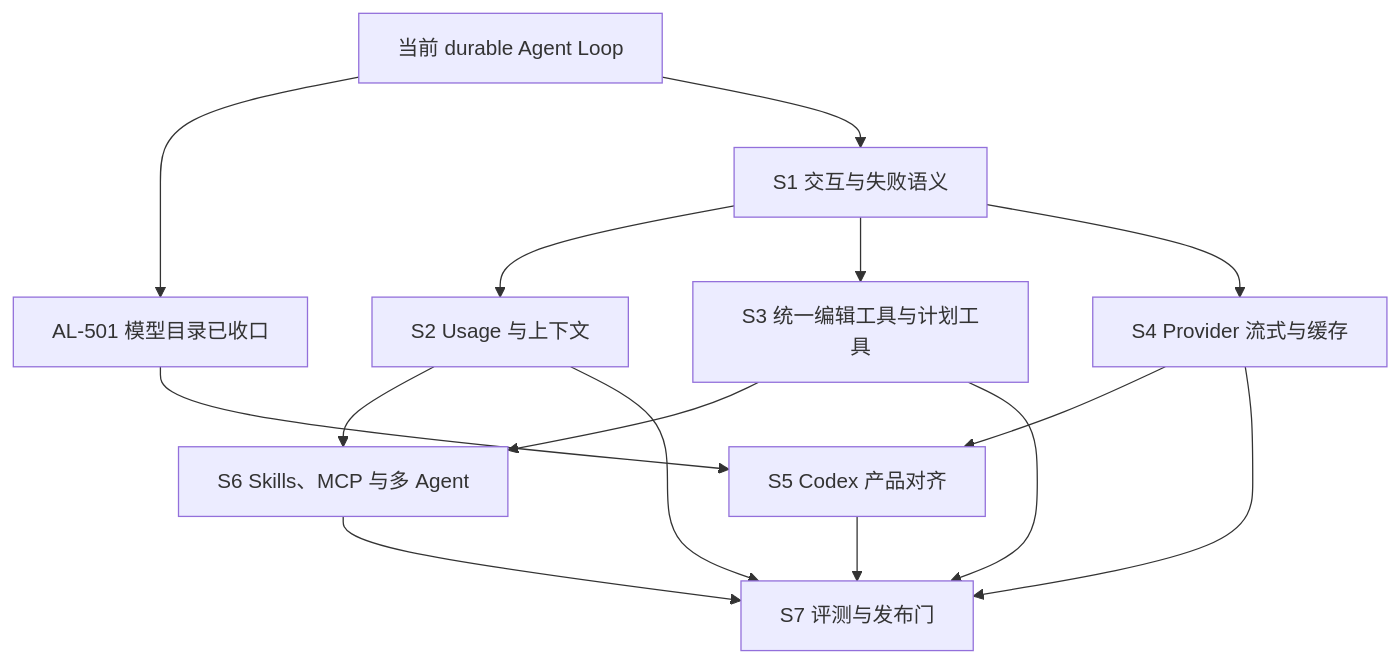
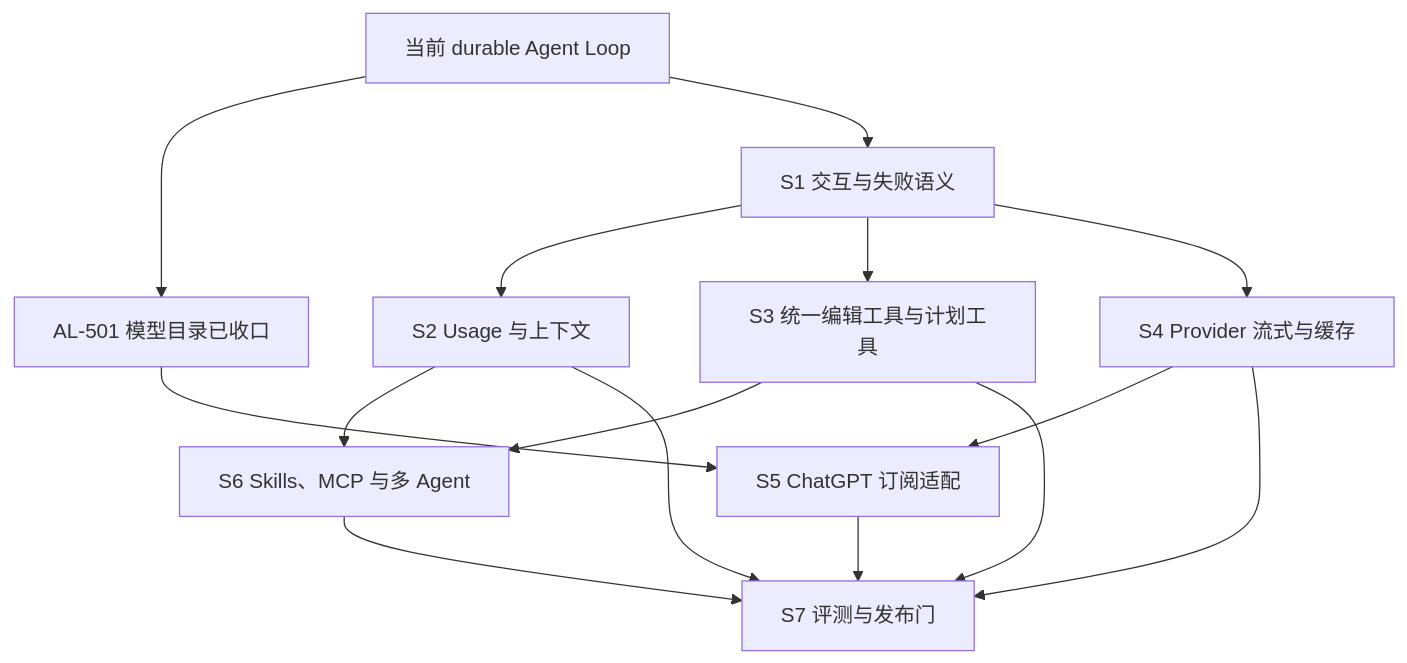
The diagram in docs/agent-harness-implementation-plan.md (chogng/zeta), drawn with Mermaid before and after one commit. The commit also changed other lines of this file and 98 other files, not shown here.

````diff
--- a/docs/agent-harness-implementation-plan.md
+++ b/docs/agent-harness-implementation-plan.md
@@ -153,17 +154,17 @@
 ```mermaid
 flowchart TD
     Current[当前 durable Agent Loop] --> Catalog[AL-501 模型目录已收口]
     Current --> S1[S1 交互与失败语义]
     S1 --> S2[S2 Usage 与上下文]
     S1 --> S3[S3 统一编辑工具与计划工具]
     S1 --> S4[S4 Provider 流式与缓存]
-    Catalog --> S5[S5 Codex 产品对齐]
+    Catalog --> S5[S5 ChatGPT 订阅适配]
     S4 --> S5
     S2 --> S6[S6 Skills、MCP 与多 Agent]
     S3 --> S6
     S2 --> S7[S7 评测与发布门]
     S3 --> S7
     S4 --> S7
     S5 --> S7
     S6 --> S7
 ```
````
